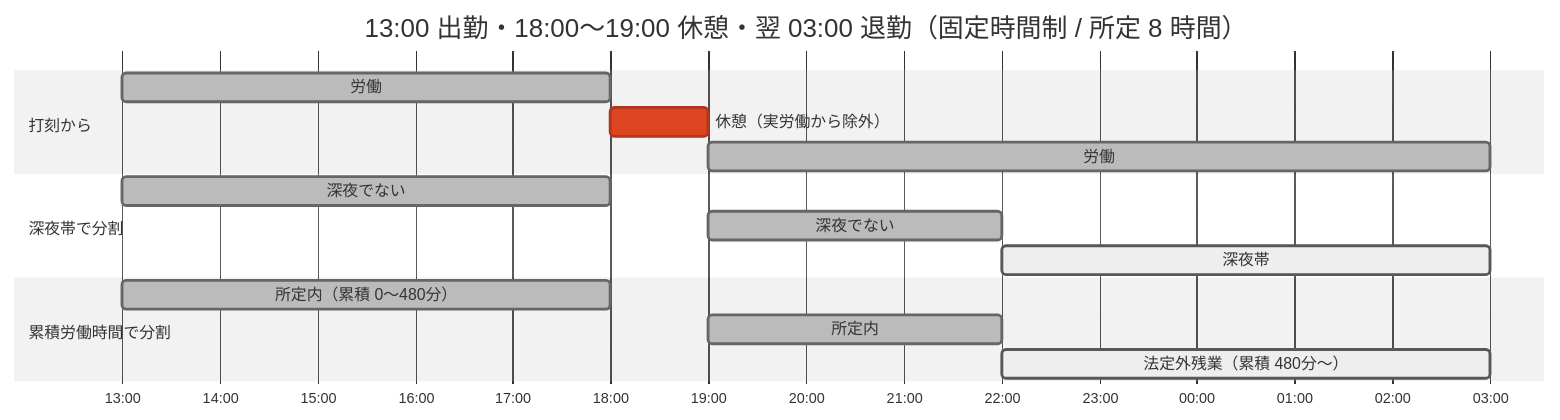
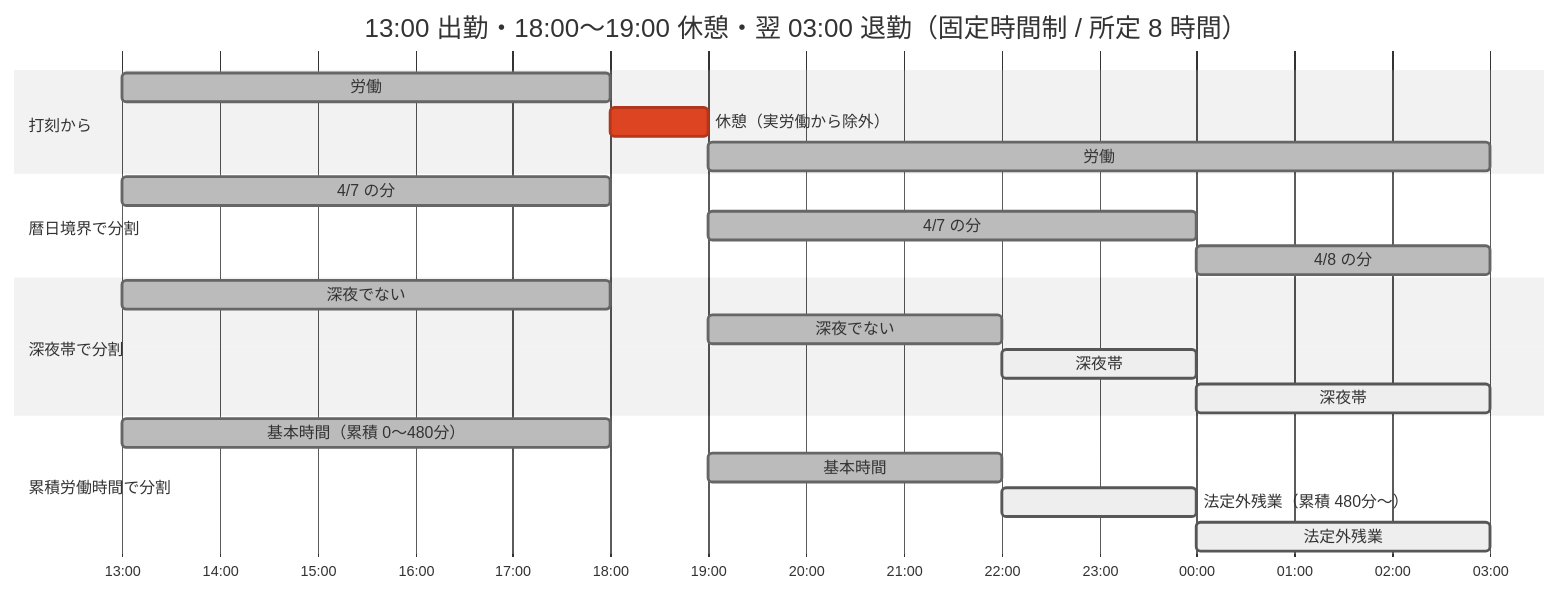
One commit to masaki-i02/newJavaProject changed the diagram in doc/02_詳細設計/03_勤怠_打刻と日次集計/diagrams/区間分割の例.mmd. Above: the diagram before and after it, drawn with Mermaid (neutral theme). The commit also changed 17 other files, not shown here.

```diff
--- a/doc/02_詳細設計/03_勤怠_打刻と日次集計/diagrams/区間分割の例.mmd
+++ b/doc/02_詳細設計/03_勤怠_打刻と日次集計/diagrams/区間分割の例.mmd
@@ -1,19 +1,26 @@
 gantt
     title 13:00 出勤・18:00〜19:00 休憩・翌 03:00 退勤（固定時間制 / 所定 8 時間）
     dateFormat YYYY-MM-DD HH:mm
     axisFormat %H:%M
 
     section 打刻から
     労働 :done, 2026-04-07 13:00, 5h
     休憩（実労働から除外） :crit, 2026-04-07 18:00, 1h
     労働 :done, 2026-04-07 19:00, 8h
 
+    section 暦日境界で分割
+    4/7 の分 :done, 2026-04-07 13:00, 5h
+    4/7 の分 :done, 2026-04-07 19:00, 5h
+    4/8 の分 :done, 2026-04-08 00:00, 3h
+
     section 深夜帯で分割
     深夜でない :done, 2026-04-07 13:00, 5h
     深夜でない :done, 2026-04-07 19:00, 3h
-    深夜帯 :active, 2026-04-07 22:00, 5h
+    深夜帯 :active, 2026-04-07 22:00, 2h
+    深夜帯 :active, 2026-04-08 00:00, 3h
 
     section 累積労働時間で分割
-    所定内（累積 0〜480分） :done, 2026-04-07 13:00, 5h
-    所定内 :done, 2026-04-07 19:00, 3h
-    法定外残業（累積 480分〜） :active, 2026-04-07 22:00, 5h
+    基本時間（累積 0〜480分） :done, 2026-04-07 13:00, 5h
+    基本時間 :done, 2026-04-07 19:00, 3h
+    法定外残業（累積 480分〜） :active, 2026-04-07 22:00, 2h
+    法定外残業 :active, 2026-04-08 00:00, 3h
```
